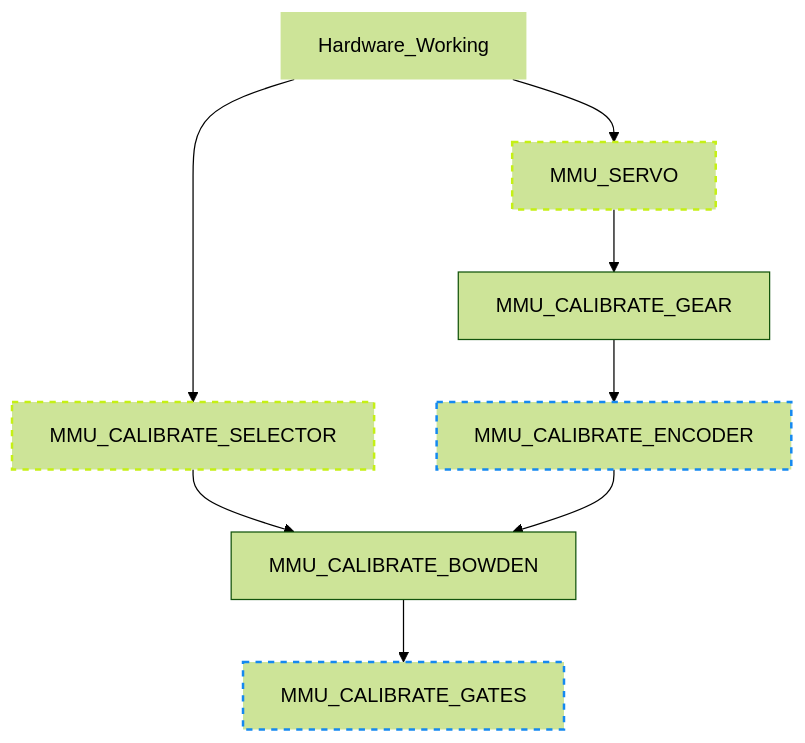
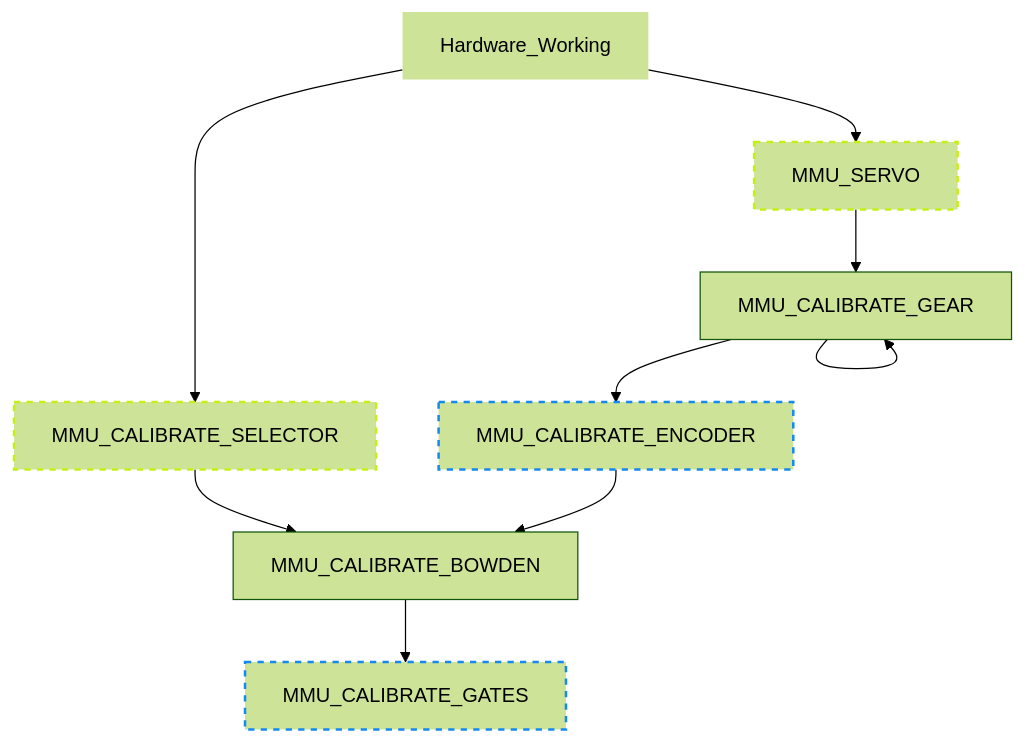
One commit to 3DCoded/Happy-Hare changed the first of 2 diagrams in MMU-Calibration.md. Above: the diagram before and after it, drawn with Mermaid (forest theme).

````diff
--- a/MMU-Calibration.md
+++ b/MMU-Calibration.md
@@ -22,16 +22,17 @@
 ```mermaid
 graph TD;
     Hardware_Working --> MMU_SERVO
     Hardware_Working --> MMU_CALIBRATE_SELECTOR
     MMU_CALIBRATE_SELECTOR --> MMU_CALIBRATE_BOWDEN
     MMU_SERVO --> MMU_CALIBRATE_GEAR
+    MMU_CALIBRATE_GEAR --> MMU_CALIBRATE_GEAR
     MMU_CALIBRATE_GEAR --> MMU_CALIBRATE_ENCODER
     MMU_CALIBRATE_ENCODER --> MMU_CALIBRATE_BOWDEN
     MMU_CALIBRATE_BOWDEN --> MMU_CALIBRATE_GATES
 
     style Hardware_Working stroke-width:0px
     style MMU_SERVO stroke-dasharray: 5 5, stroke:#c5f015, stroke-width:2px
     style MMU_CALIBRATE_SELECTOR stroke-dasharray: 5 5, stroke:#c5f015, stroke-width:2px
     style MMU_CALIBRATE_ENCODER stroke-dasharray: 5 5, stroke:#1589f0, stroke-width:2px
     style MMU_CALIBRATE_GATES stroke-dasharray: 5 5, stroke:#1589f0, stroke-width:2px
 ```
````
